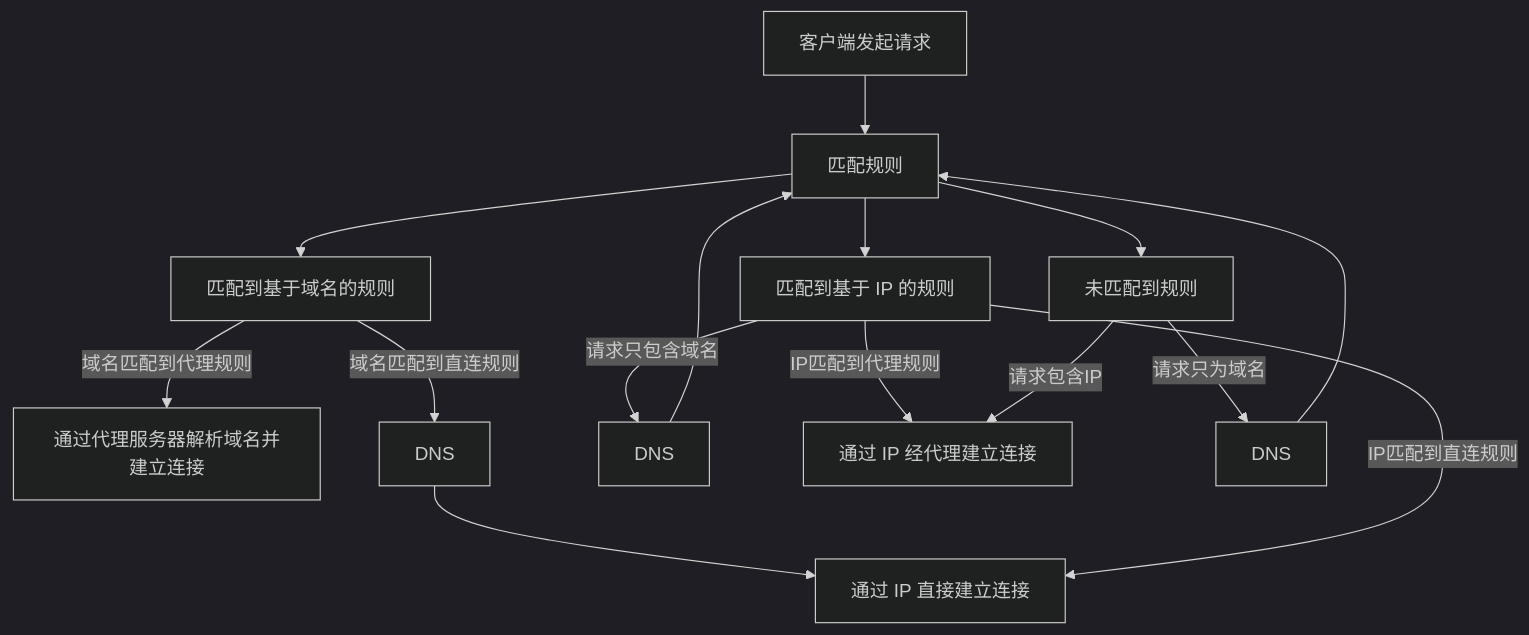
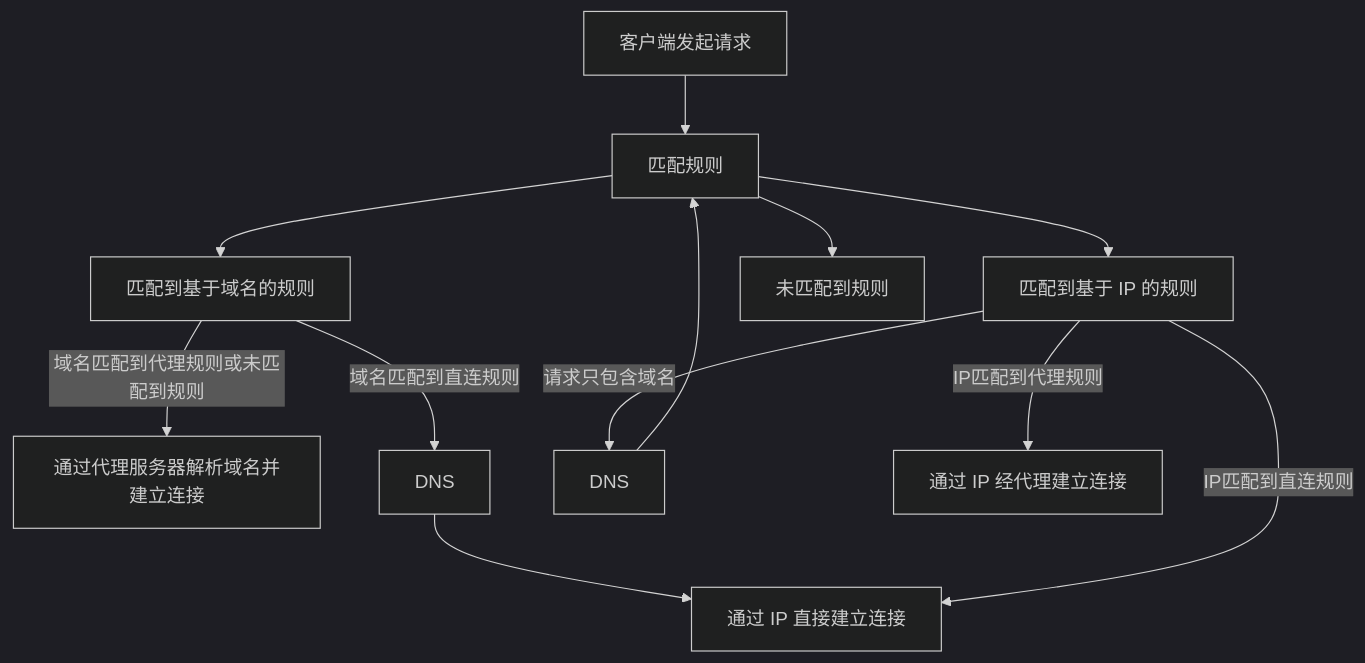
The first of 2 diagrams in mihomoDNS解析流程.md (Jishi0/sub-rule), drawn with Mermaid (dark theme) before and after one commit.

````diff
--- a/mihomoDNS解析流程.md
+++ b/mihomoDNS解析流程.md
@@ -2,21 +2,17 @@
 ```mermaid
 flowchart TD
   Start[客户端发起请求] --> rule[匹配规则]
   rule --> Domain[匹配到基于域名的规则]
   rule --> IP[匹配到基于 IP 的规则]
   rule --> null[未匹配到规则]
 
-  Domain --> |域名匹配到代理规则|Remote[通过代理服务器解析域名并建立连接]
+  Domain --> |域名匹配到代理规则或未匹配到规则|Remote[通过代理服务器解析域名并建立连接]
   Domain --> |域名匹配到直连规则|DNS1[DNS]
   DNS1 --> Direct[通过 IP 直接建立连接]
 
   IP --> |请求只包含域名|DNS2[DNS]
   DNS2 --> rule
   IP --> |IP匹配到直连规则|Direct
   IP --> |IP匹配到代理规则|Proxy[通过 IP 经代理建立连接]
 
-  null --> |请求包含IP|Proxy
-  null --> |请求只为域名|DNS3[DNS]
-  DNS3 --> rule
-
 ```
````
